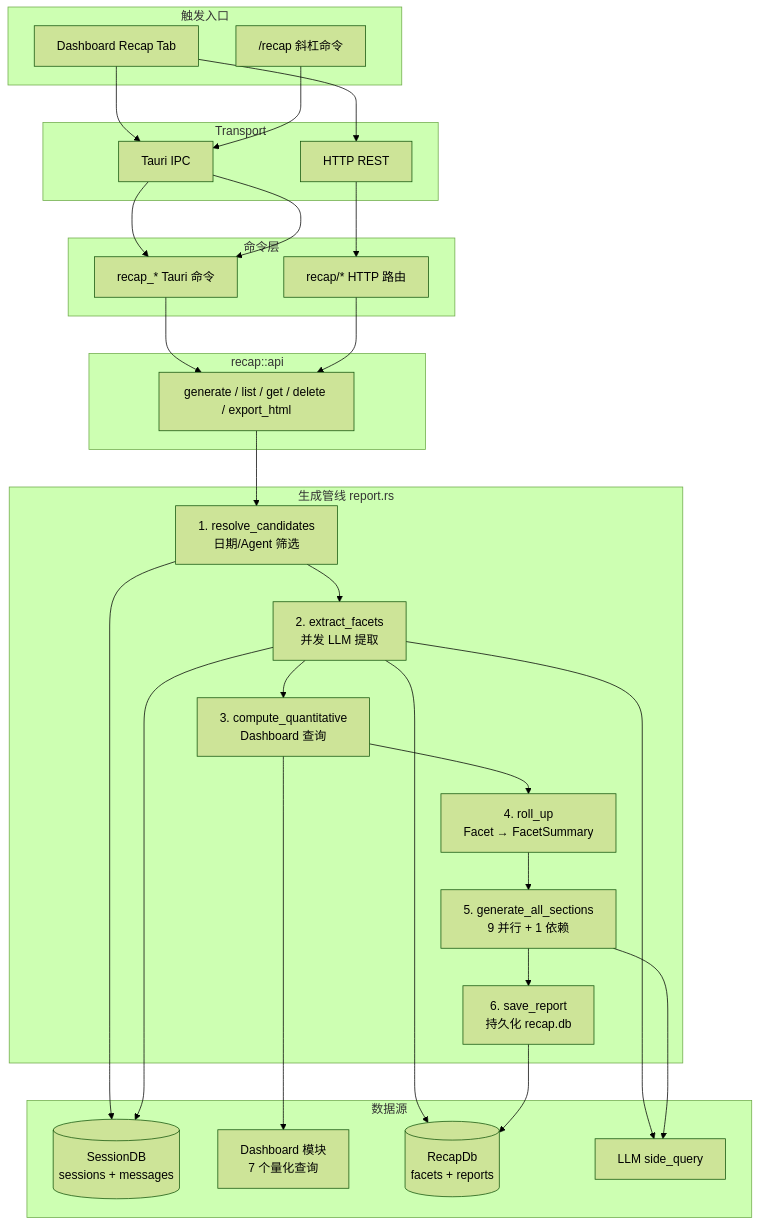
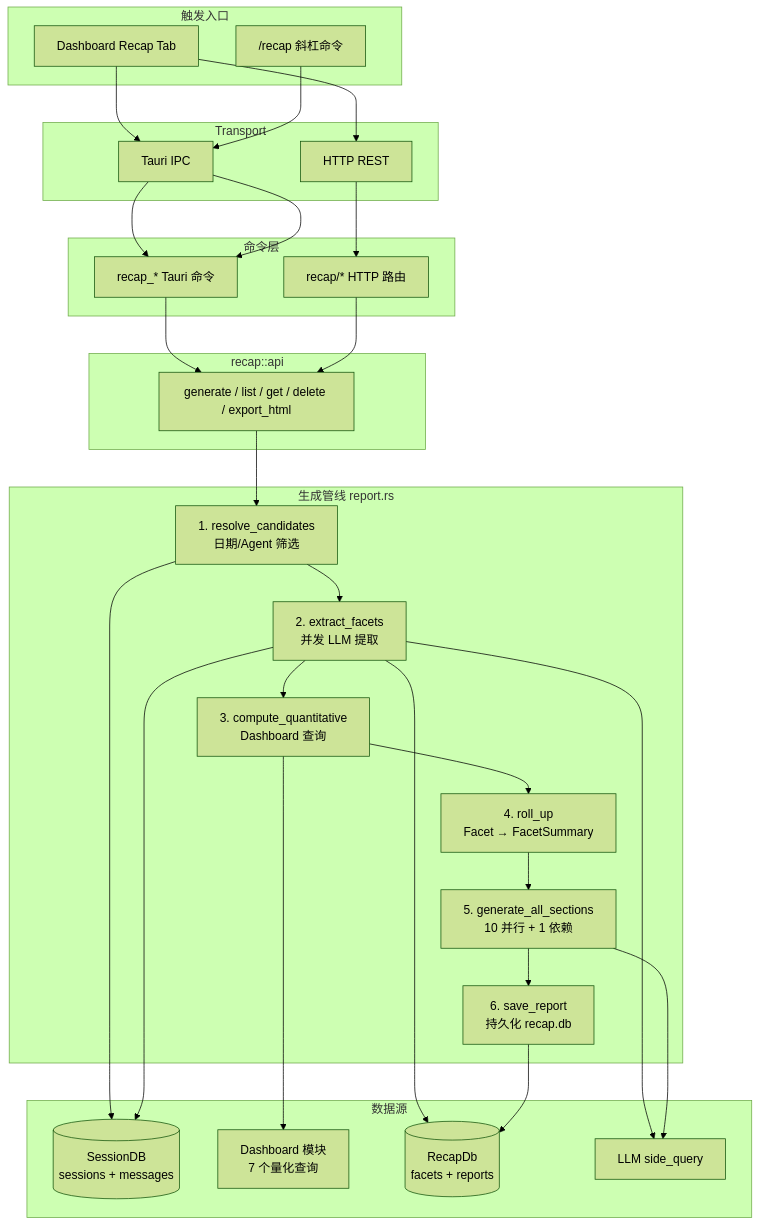
The first of 3 diagrams in mirrors/repos/shiwenwen@hope-agent/docs/architecture/recap.md (gabrielmoreira/agent-skills-mirror), drawn with Mermaid (forest theme) before and after one commit. The commit also changed other lines of this file and 1948 other files, not shown here.

````diff
--- a/mirrors/repos/shiwenwen@hope-agent/docs/architecture/recap.md
+++ b/mirrors/repos/shiwenwen@hope-agent/docs/architecture/recap.md
@@ -31,50 +31,50 @@
 ```mermaid
 graph TB
     subgraph 触发入口
         DT[Dashboard Recap Tab]
         SC["/recap 斜杠命令"]
     end
 
     subgraph Transport
         TI[Tauri IPC]
         HT[HTTP REST]
     end
 
     subgraph 命令层
         TC[recap_* Tauri 命令]
         HR["recap/* HTTP 路由"]
     end
 
     subgraph recap::api
         API[generate / list / get / delete / export_html]
     end
 
     subgraph 生成管线 report.rs
         R1[1. resolve_candidates<br/>日期/Agent 筛选]
         R2[2. extract_facets<br/>并发 LLM 提取]
         R3[3. compute_quantitative<br/>Dashboard 查询]
         R4[4. roll_up<br/>Facet → FacetSummary]
-        R5[5. generate_all_sections<br/>9 并行 + 1 依赖]
+        R5[5. generate_all_sections<br/>10 并行 + 1 依赖]
         R6[6. save_report<br/>持久化 recap.db]
     end
 
     subgraph 数据源
         SDB[(SessionDB<br/>sessions + messages)]
         DASH[Dashboard 模块<br/>7 个量化查询]
         RDB[(RecapDb<br/>facets + reports)]
         LLM[LLM side_query]
     end
 
     DT --> TI --> TC --> API
     SC --> TI --> TC
     DT --> HT --> HR --> API
     API --> R1 --> R2 --> R3 --> R4 --> R5 --> R6
 
     R1 --> SDB
     R2 --> SDB
     R2 --> LLM
     R2 --> RDB
     R3 --> DASH
     R5 --> LLM
     R6 --> RDB
 ```
````
